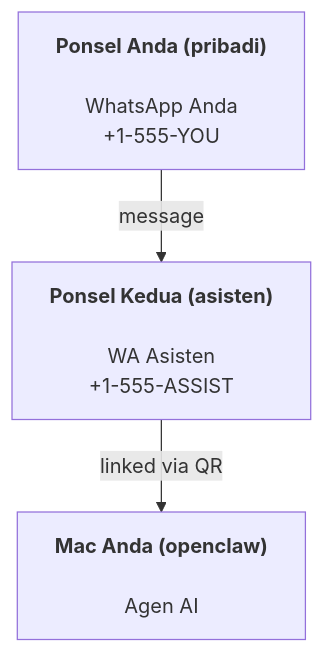
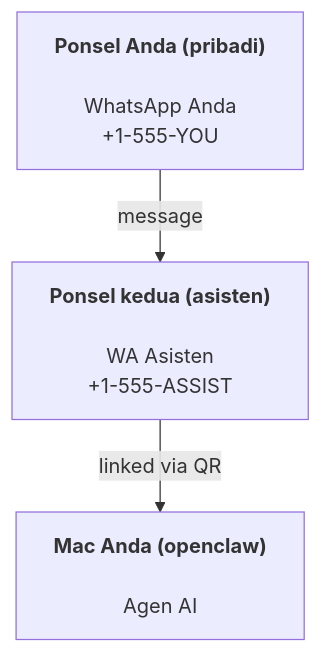
Before and after one commit to openclaw/docs: the diagram in docs/id/start/openclaw.md, drawn with Mermaid. The commit also changed other lines of this file and 440 other files, not shown here.

````diff
--- a/docs/id/start/openclaw.md
+++ b/docs/id/start/openclaw.md
@@ -43,5 +43,5 @@
 ```mermaid
 flowchart TB
-    A["<b>Ponsel Anda (pribadi)<br></b><br>WhatsApp Anda<br>+1-555-YOU"] -- message --> B["<b>Ponsel Kedua (asisten)<br></b><br>WA Asisten<br>+1-555-ASSIST"]
+    A["<b>Ponsel Anda (pribadi)<br></b><br>WhatsApp Anda<br>+1-555-YOU"] -- message --> B["<b>Ponsel kedua (asisten)<br></b><br>WA Asisten<br>+1-555-ASSIST"]
     B -- linked via QR --> C["<b>Mac Anda (openclaw)<br></b><br>Agen AI"]
 ```
````
